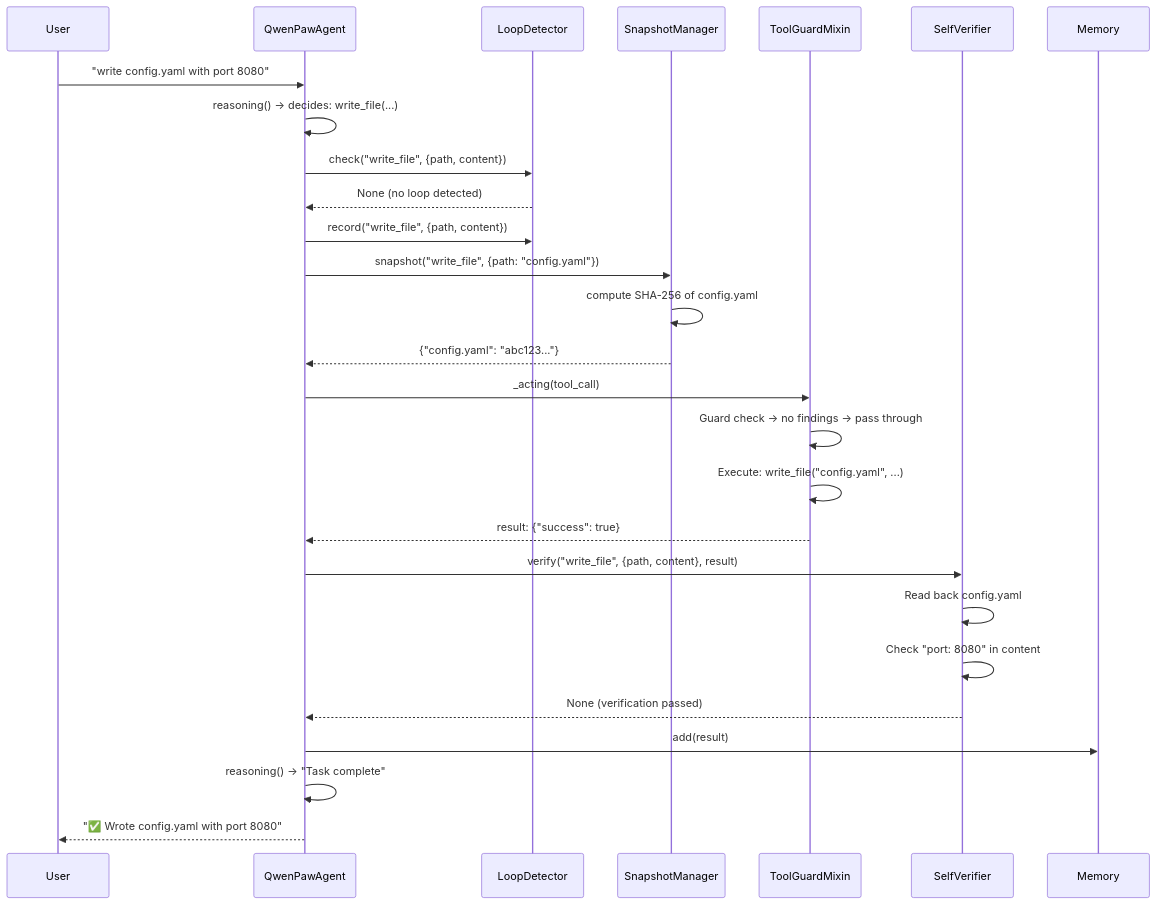
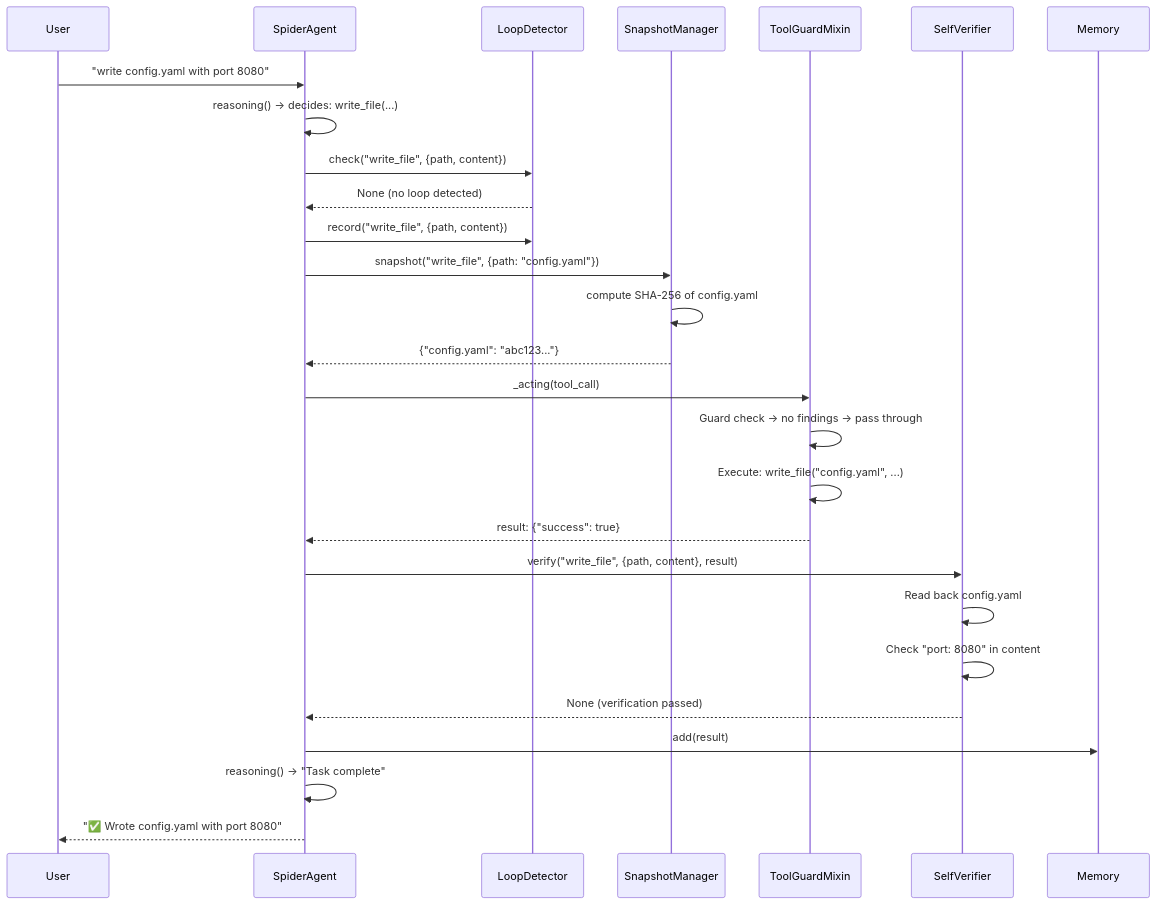
Before and after one commit to phamdinhdat-ai/SpiderAgents: the third of 3 diagrams in docs/16-harness-engineering.md, drawn with Mermaid. The commit also changed other lines of this file and 37 other files, not shown here.

````diff
--- a/docs/16-harness-engineering.md
+++ b/docs/16-harness-engineering.md
@@ -151,35 +151,35 @@
 ```mermaid
 sequenceDiagram
     participant U as User
-    participant A as QwenPawAgent
+    participant A as SpiderAgent
     participant LD as LoopDetector
     participant SM as SnapshotManager
     participant TG as ToolGuardMixin
     participant SV as SelfVerifier
     participant M as Memory
 
     U->>A: "write config.yaml with port 8080"
     A->>A: reasoning() → decides: write_file(...)
     
     A->>LD: check("write_file", {path, content})
     LD-->>A: None (no loop detected)
     A->>LD: record("write_file", {path, content})
     
     A->>SM: snapshot("write_file", {path: "config.yaml"})
     SM->>SM: compute SHA-256 of config.yaml
     SM-->>A: {"config.yaml": "abc123..."}
     
     A->>TG: _acting(tool_call)
     TG->>TG: Guard check → no findings → pass through
     TG->>TG: Execute: write_file("config.yaml", ...)
     TG-->>A: result: {"success": true}
     
     A->>SV: verify("write_file", {path, content}, result)
     SV->>SV: Read back config.yaml
     SV->>SV: Check "port: 8080" in content
     SV-->>A: None (verification passed)
     
     A->>M: add(result)
     A->>A: reasoning() → "Task complete"
     A-->>U: "✅ Wrote config.yaml with port 8080"
 ```
````
